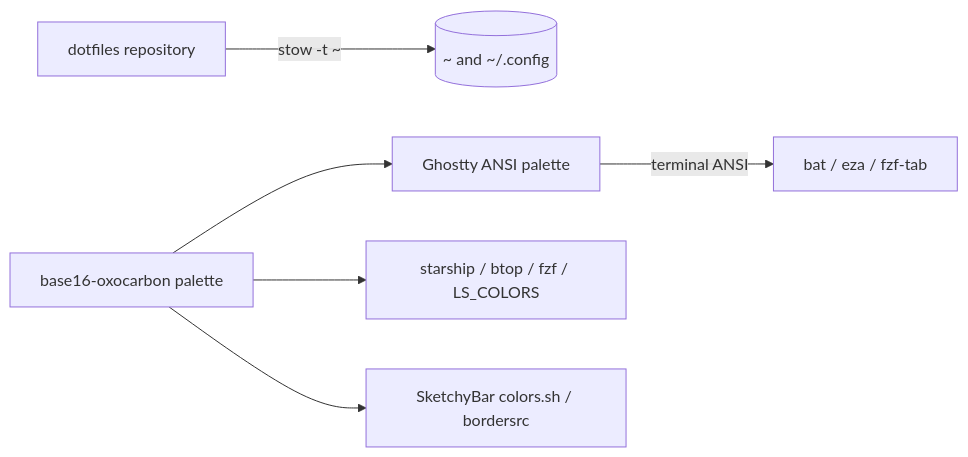
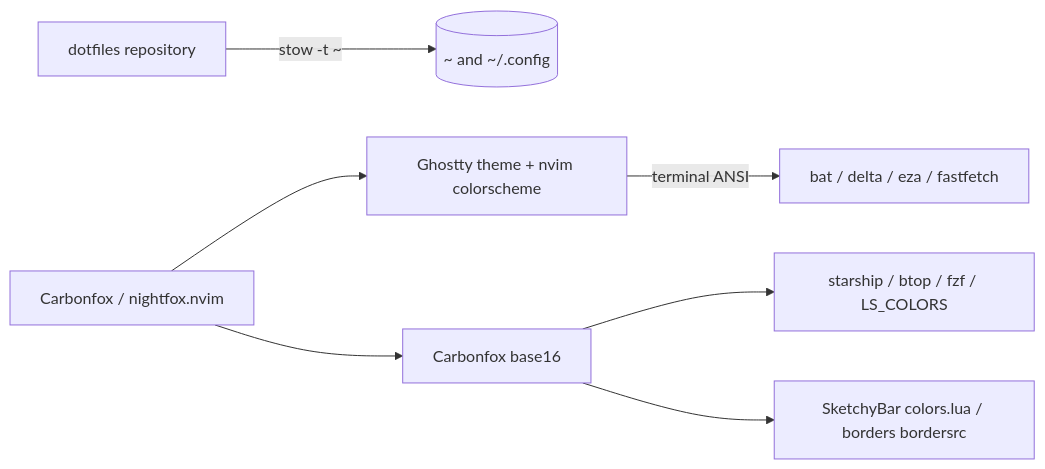
One commit to lucawalz/dotfiles changed the diagram in README.md. Above: the diagram before and after it, drawn with Mermaid. The commit also changed other lines of this file and 7 other files, not shown here.

Commit message:
docs: rewrite for the aerospace desktop, borders, and carbonfox theme

````diff
--- a/README.md
+++ b/README.md
@@ -41,8 +41,9 @@
 ```mermaid
 flowchart LR
   repo[dotfiles repository] -->|stow -t ~| home[(~ and ~/.config)]
-  base16[base16-oxocarbon palette] --> ghostty[Ghostty ANSI palette]
+  carbonfox[Carbonfox / nightfox.nvim] --> ports[Ghostty theme + nvim colorscheme]
+  carbonfox --> base16[Carbonfox base16]
   base16 --> direct[starship / btop / fzf / LS_COLORS]
-  base16 --> desktop[SketchyBar colors.sh / bordersrc]
-  ghostty -->|terminal ANSI| inherit[bat / eza / fzf-tab]
+  base16 --> desktop[SketchyBar colors.lua / borders bordersrc]
+  ports -->|terminal ANSI| inherit[bat / delta / eza / fastfetch]
 ```
````
